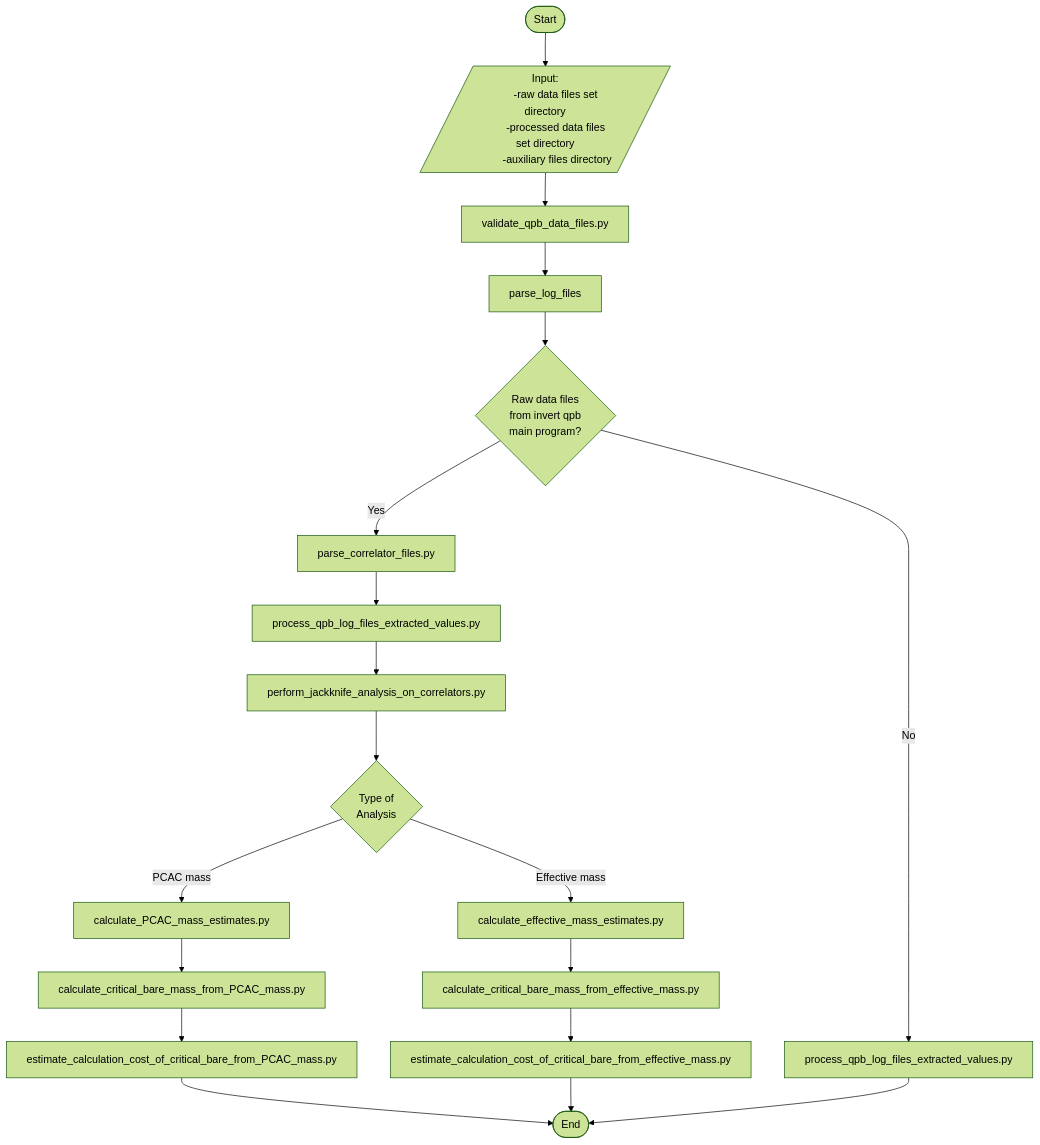
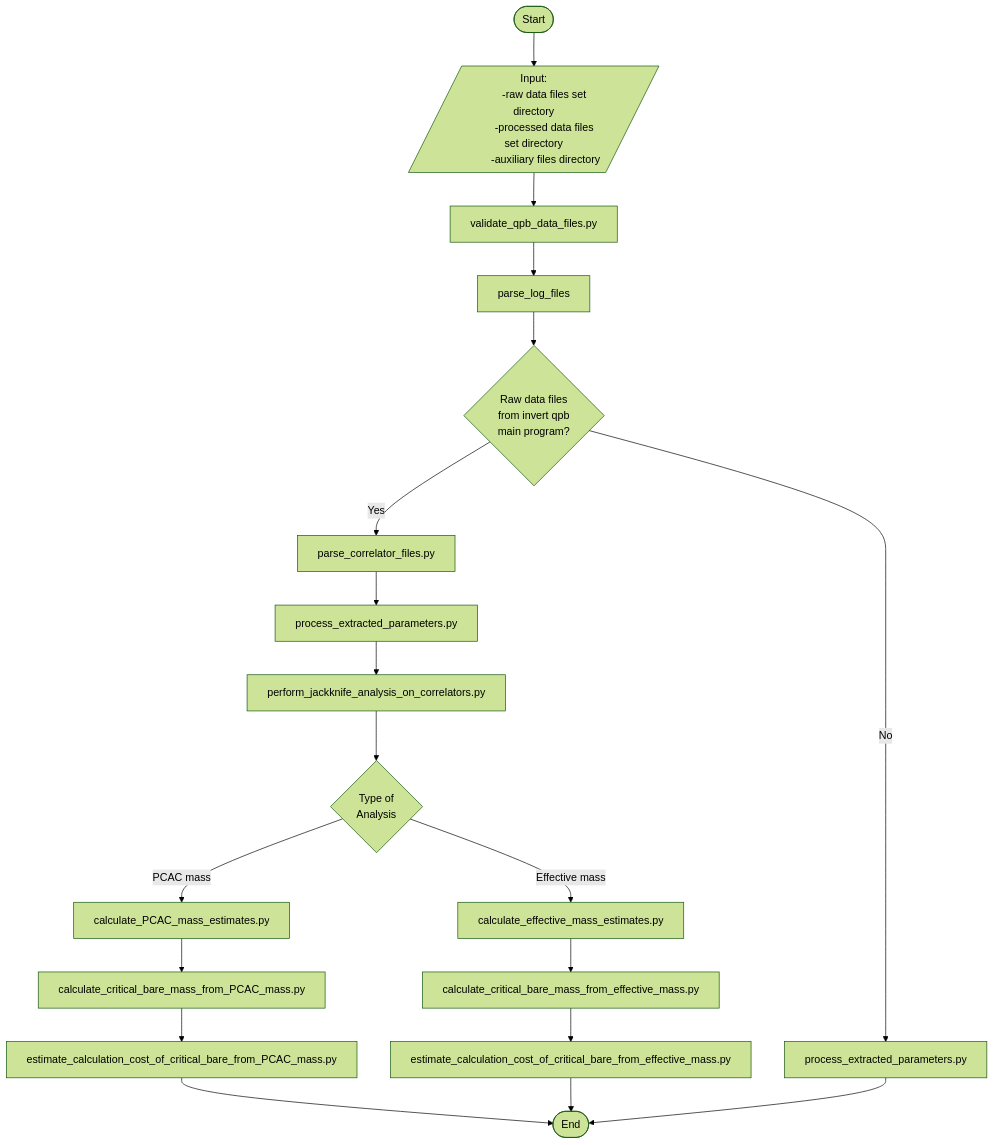
The diagram in docs/flowcharts/main_flow.md (Stylianos29/qpb_data_analysis), drawn with Mermaid (forest theme) before and after one commit. The commit also changed 1 other file, not shown here.

Commit message:
refactor: update process_extracted_parameters.py path after script renaming

````diff
--- a/docs/flowcharts/main_flow.md
+++ b/docs/flowcharts/main_flow.md
@@ -3,80 +3,80 @@
 ```mermaid
 flowchart TD
     
     %% INITIATE SCRIPT
     Start([Start]) --> Inputs[/Input:
         -raw data files set directory
         -processed data files set directory
         -auxiliary files directory
         /]
     
     %% 
     Inputs --> Validation[
         validate_qpb_data_files.py
         ]
 
     %% RAW FILES PARSING
     Validation --> qpbFilesParsing[
         parse_log_files
         ]
 
     %% PARSING QPB FILES
 
     qpbFilesParsing --> InvertMainProgram{
             Raw data files 
             from invert qpb 
             main program?
             }
 
     InvertMainProgram -- No --> ProcessingRawFiles[
-        process_qpb_log_files_extracted_values.py
+        process_extracted_parameters.py
         ]
     
     InvertMainProgram -- Yes --> InvertCorrelatorFilesParsing[
         parse_correlator_files.py
         ]
 
     InvertCorrelatorFilesParsing --> InvertProcessingRawFiles[
-        process_qpb_log_files_extracted_values.py
+        process_extracted_parameters.py
         ]
 
     InvertProcessingRawFiles --> InvertJackknifeAnalysis[
         perform_jackknife_analysis_on_correlators.py
     ]
 
     InvertJackknifeAnalysis --> InvertAnalysisType{
         Type of 
         Analysis
     }
 
     InvertAnalysisType -- PCAC mass --> PCACMassEstimates[
         calculate_PCAC_mass_estimates.py
         ]
 
     PCACMassEstimates --> PCACCriticalMass[
         calculate_critical_bare_mass_from_PCAC_mass.py
         ]
 
     InvertAnalysisType -- Effective mass --> EffectiveMassEstimates[
         calculate_effective_mass_estimates.py
         ]
 
     EffectiveMassEstimates --> EffectiveCriticalMass[
         calculate_critical_bare_mass_from_effective_mass.py
         ]
 
     PCACCriticalMass --> PCACMassCost[
         estimate_calculation_cost_of_critical_bare_from_PCAC_mass.py
     ]
 
     PCACMassCost --> End
 
     EffectiveCriticalMass --> EffectiveMassCost[
         estimate_calculation_cost_of_critical_bare_from_effective_mass.py
         ]
 
     EffectiveMassCost --> End
 
     %% TERMINATE SCRIPT
     ProcessingRawFiles --> End([End])
 ```
````
